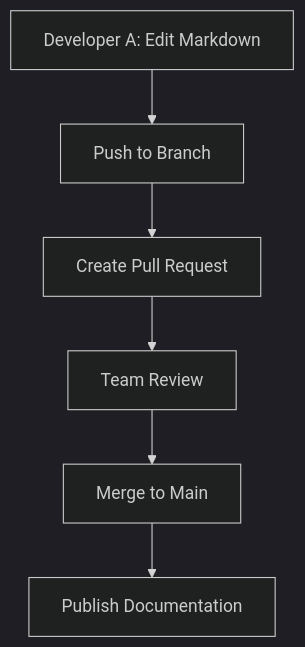
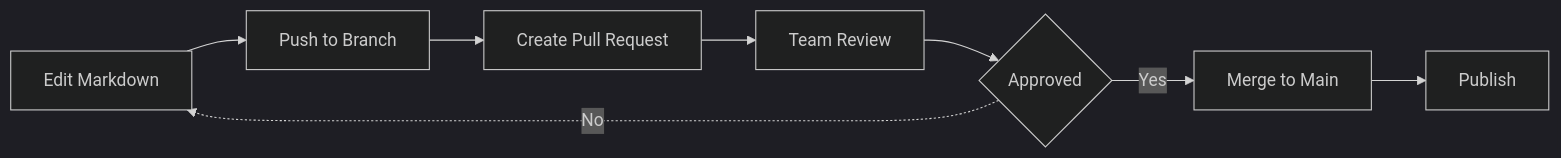
One commit to buckeye43210/markdown-to-snowkb changed the third of 4 diagrams in README.md. Above: the diagram before and after it, drawn with Mermaid (dark theme). The commit also changed other lines of this file and 2 other files, not shown here.

````diff
--- a/README.md
+++ b/README.md
@@ -106,8 +109,10 @@
 ```mermaid
-graph TD
-    A[Developer A: Edit Markdown] --> B[Push to Branch]
-    B --> C[Create Pull Request]
-    C --> D[Team Review]
-    D --> E[Merge to Main]
-    E --> F[Publish Documentation]
+graph LR
+    A[Edit Markdown] --> B[Push to Branch]
+    B -->      C[Create Pull Request]
+    C -->      D[Team Review]
+    D -->      E{Approved}
+    E -->|Yes| F[Merge to Main]
+    E -.->|No| A
+    F -->      G[Publish]
 ```
````
